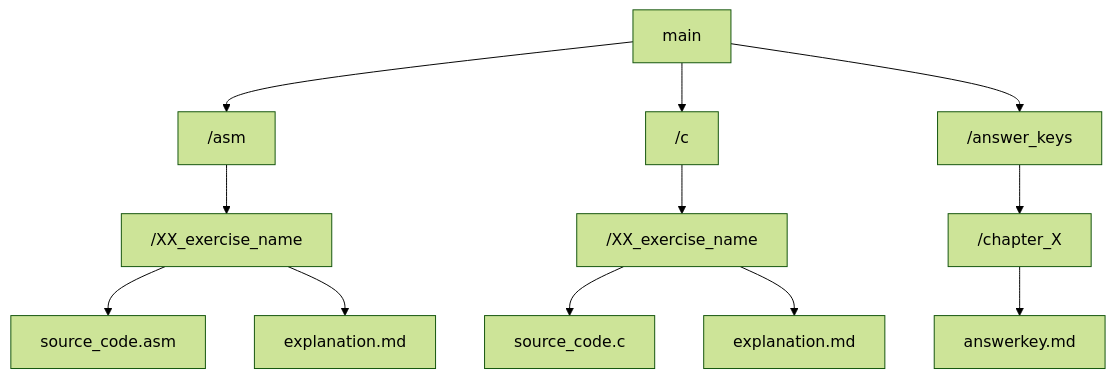
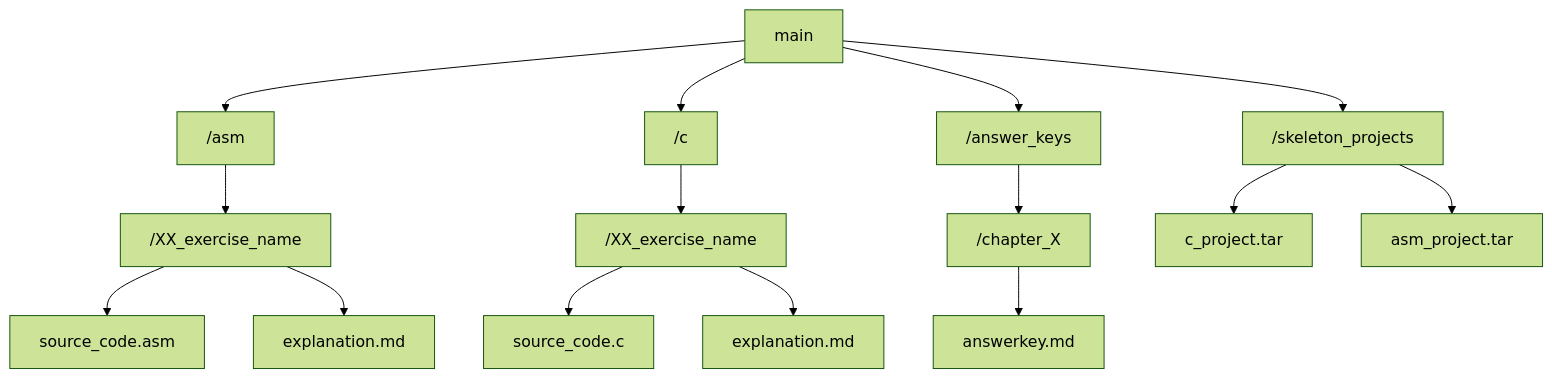
The diagram in README.md (nikka-a/EmbeddedDesignByBrockLaMeres), drawn with Mermaid (forest theme) before and after one commit. The commit also changed other lines of this file, not shown here.

````diff
--- a/README.md
+++ b/README.md
@@ -25,19 +25,23 @@
 ``` mermaid
 flowchart TB
     Root["main"]
     Root --> ASM["/asm"]
     Root --> C["/c"]
     Root --> AnswerKeys["/answer_keys"]
+    Root --> SkeletonFile["/skeleton_projects"]
 
     ASM --> ASMExercise["/XX_exercise_name"]
     C --> CExercise["/XX_exercise_name"]
 
     ASMExercise --> ASMSource["source_code.asm"]
     ASMExercise --> ASMNote["explanation.md"]
 
     CExercise --> CSource["source_code.c"]
     CExercise --> CNote["explanation.md"]
 
     AnswerKeys --> AnswerChapter["/chapter_X"]
     AnswerChapter --> AnswerTxt["answerkey.md"]
+
+    SkeletonFile --> CFile["c_project.tar"]
+    SkeletonFile --> ASMFile["asm_project.tar"]
 ```
````
